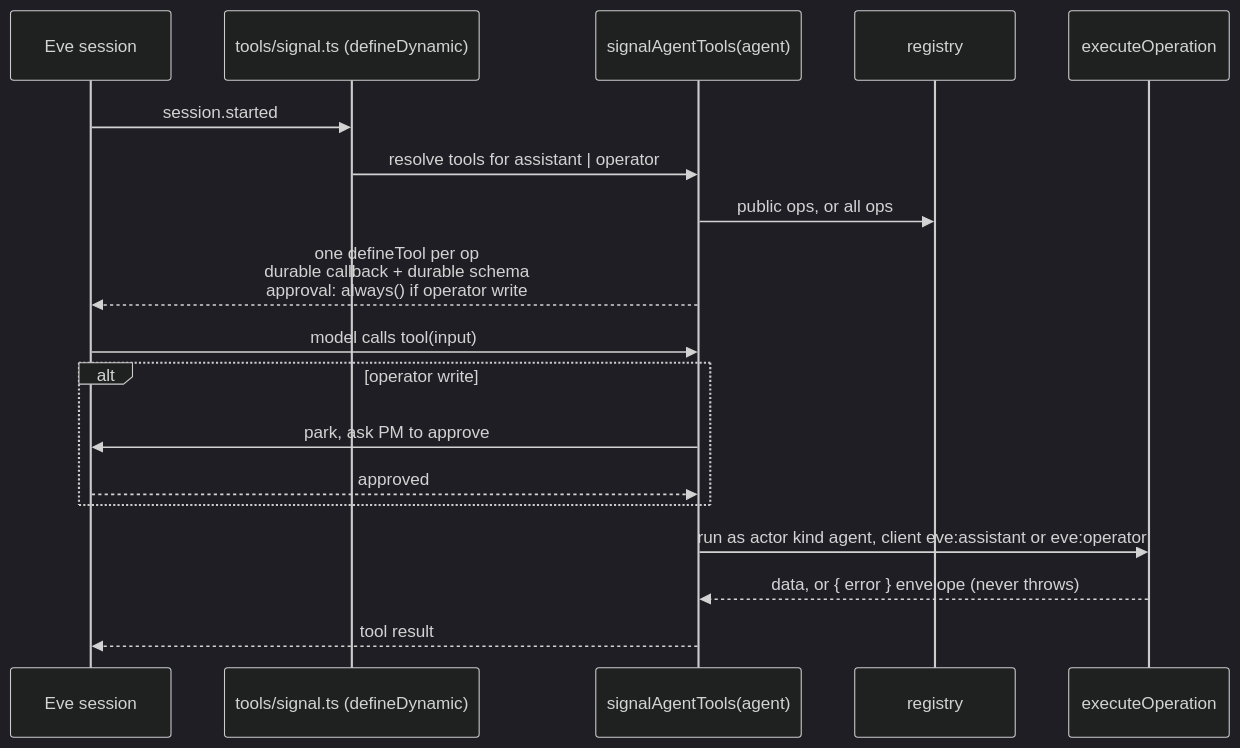
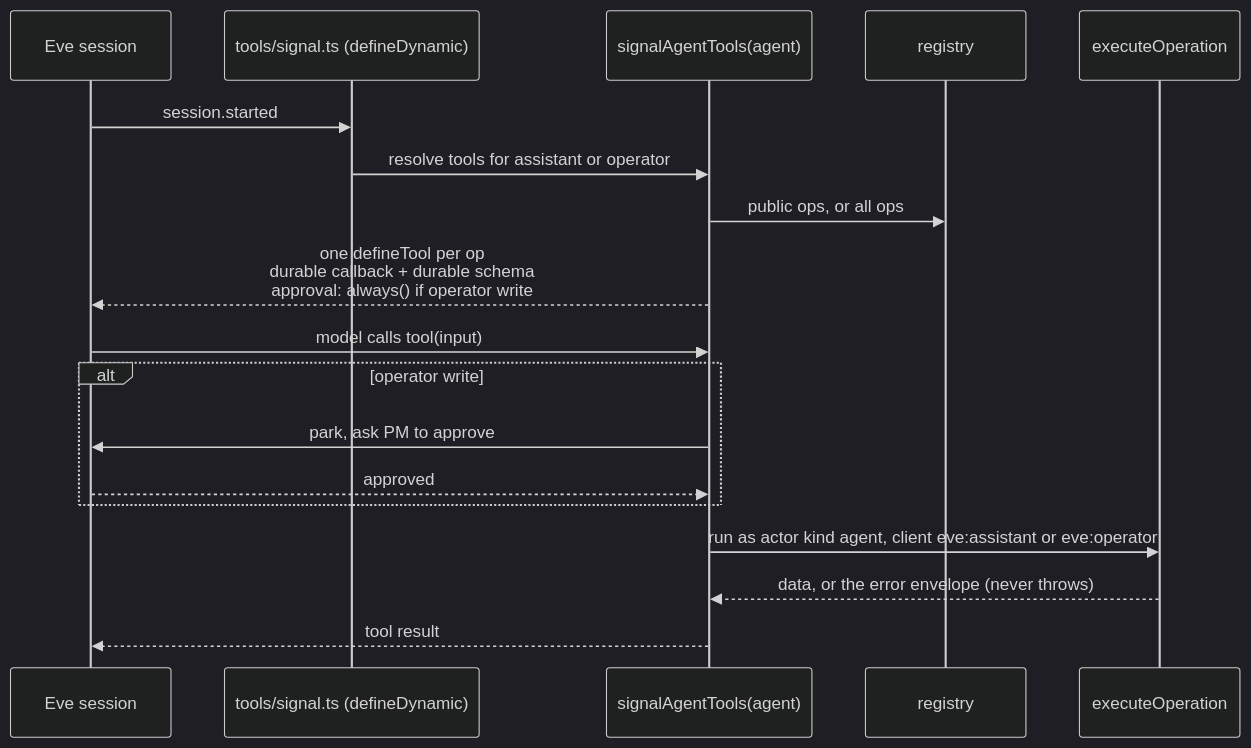
Before and after one commit to gaboesquivel/flow-signal: the second of 7 diagrams in docs/harness/agents.md, drawn with Mermaid (dark theme). The commit also changed other lines of this file and 7 other files, not shown here.

First line of the commit message:
docs(harness): refresh diagrams for specs 006, 007, and 010 (#12)

````diff
--- a/docs/harness/agents.md
+++ b/docs/harness/agents.md
@@ -35,20 +35,20 @@
 ```mermaid
 sequenceDiagram
   participant Eve as Eve session
   participant Dyn as tools/signal.ts (defineDynamic)
   participant Ad as signalAgentTools(agent)
   participant Reg as registry
   participant Ex as executeOperation
   Eve->>Dyn: session.started
-  Dyn->>Ad: resolve tools for assistant | operator
+  Dyn->>Ad: resolve tools for assistant or operator
   Ad->>Reg: public ops, or all ops
   Ad-->>Eve: one defineTool per op<br/>durable callback + durable schema<br/>approval: always() if operator write
   Eve->>Ad: model calls tool(input)
   alt operator write
     Ad->>Eve: park, ask PM to approve
     Eve-->>Ad: approved
   end
   Ad->>Ex: run as actor kind agent, client eve:assistant or eve:operator
-  Ex-->>Ad: data, or { error } envelope (never throws)
+  Ex-->>Ad: data, or the error envelope (never throws)
   Ad-->>Eve: tool result
 ```
````
